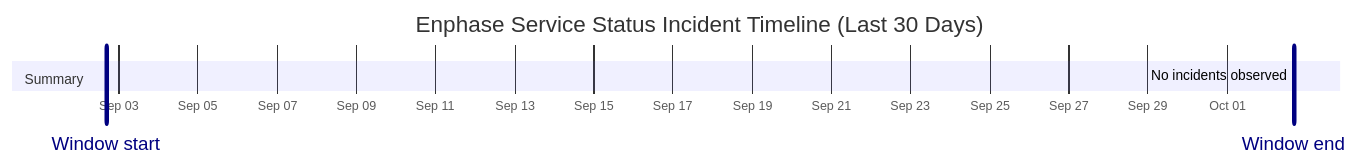
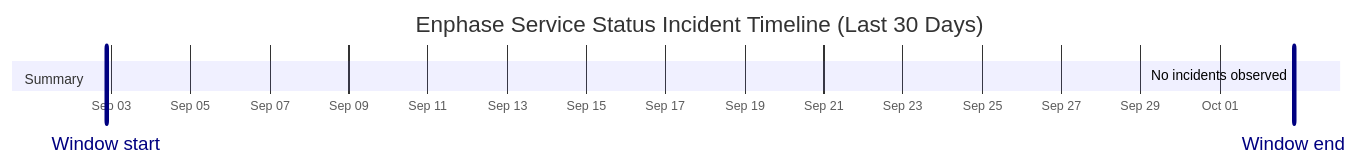
One commit to barneyonline/ha-enphase-energy changed the diagram in wiki/Service-Status-History.md. Above: the diagram before and after it, drawn with Mermaid. The commit also changed other lines of this file and 3 other files, not shown here.

````diff
--- a/wiki/Service-Status-History.md
+++ b/wiki/Service-Status-History.md
@@ -14,10 +14,10 @@
 ```mermaid
 gantt
     title Enphase Service Status Incident Timeline (Last 30 Days)
     dateFormat  YYYY-MM-DDTHH:mm:ss
     axisFormat  %b %d
-    Window start :vert, window-start, 2026-09-02T16:29:00, 0ms
-    Window end :vert, window-end, 2026-10-02T16:29:00, 0ms
+    Window start :vert, window-start, 2026-09-02T20:54:08, 0ms
+    Window end :vert, window-end, 2026-10-02T20:54:08, 0ms
     section Summary
-    No incidents observed :done, 2026-10-02T16:29:00, 1m
+    No incidents observed :done, 2026-10-02T20:54:08, 1m
 ```
````
